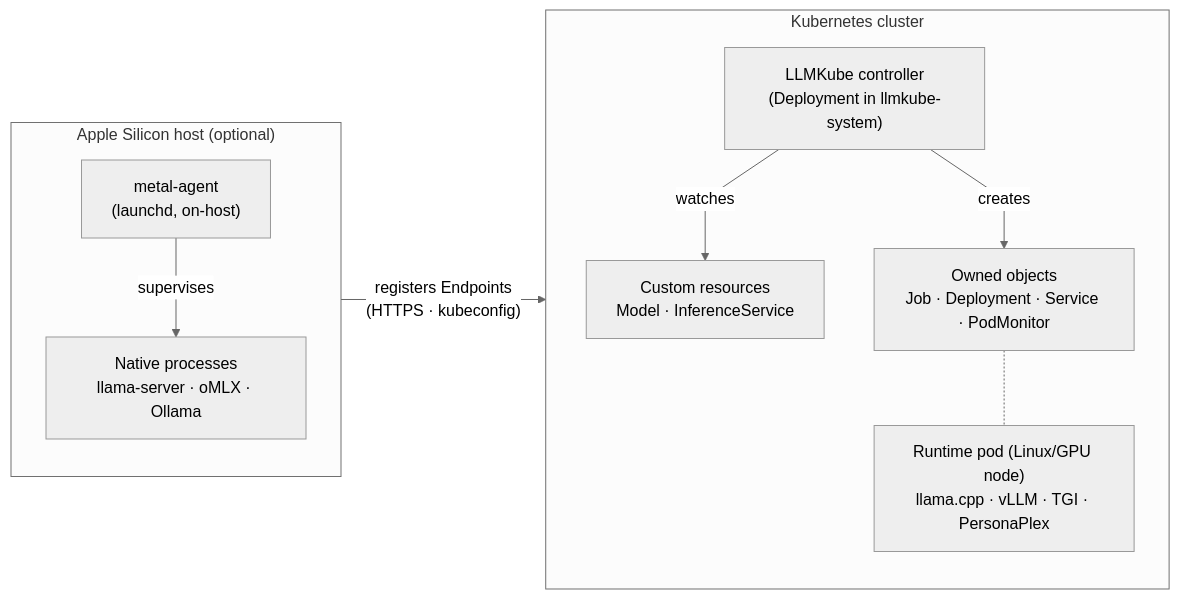
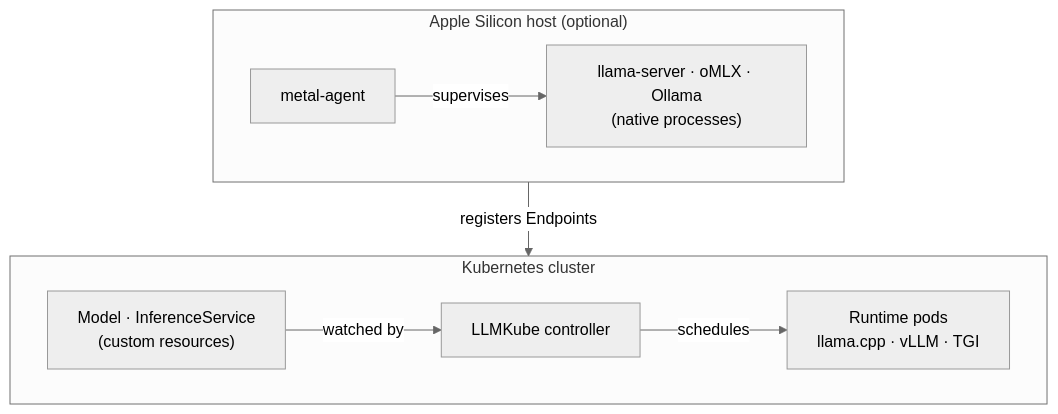
Before and after one commit to defilantech/LLMKube: the diagram in README.md, drawn with Mermaid.

Commit message:
chore(readme): simplify Mermaid architecture diagram (cluster-first, vertical)
The first cut had three problems on the GitHub render:

- flowchart LR with two subgraphs and a backward edge made Mermaid
  auto-place Apple Silicon top-left and Kubernetes cluster bottom-
  right, with massive diagonal whitespace between them.
- Apple Silicon was visually the headline, but it's the optional path
  for hosts the controller can't manage natively. The cluster IS the
  product and should be on top.
- 4 boxes inside the cluster (Controller / CRDs / Owned objects /
  Runtime pod) was reference-grade detail in an opener slot. The
  reader needs one-glance comprehension here, not the full reconciler.

Switch to flowchart TB with cluster declared first (so it renders on
top), inner subgraphs use direction LR for compact horizontal layout
inside each zone. Three boxes per zone instead of four. Drop the
parenthetical labels (Deployment in llmkube-system, launchd on-host)
and the dotted Owned-objects-implies-Pod edge: those belong on the
docs page.

````diff
--- a/README.md
+++ b/README.md
@@ -65,23 +65,21 @@
 ```mermaid
 %%{init: {'theme':'neutral','flowchart':{'curve':'linear'}}}%%
-flowchart LR
+flowchart TB
     subgraph CLUSTER["Kubernetes cluster"]
-        direction TB
-        CTRL["LLMKube controller<br/>(Deployment in llmkube-system)"]
-        CRD["Custom resources<br/>Model · InferenceService"]
-        OWNED["Owned objects<br/>Job · Deployment · Service · PodMonitor"]
-        POD["Runtime pod (Linux/GPU node)<br/>llama.cpp · vLLM · TGI · PersonaPlex"]
-        CTRL -- watches --> CRD
-        CTRL -- creates --> OWNED
-        OWNED -.- POD
+        direction LR
+        CTRL["LLMKube controller"]
+        CRD["Model · InferenceService<br/>(custom resources)"]
+        POD["Runtime pods<br/>llama.cpp · vLLM · TGI"]
+        CRD -- watched by --> CTRL
+        CTRL -- schedules --> POD
     end
 
     subgraph HOST["Apple Silicon host (optional)"]
-        direction TB
-        AGENT["metal-agent<br/>(launchd, on-host)"]
-        NATIVE["Native processes<br/>llama-server · oMLX · Ollama"]
+        direction LR
+        AGENT["metal-agent"]
+        NATIVE["llama-server · oMLX · Ollama<br/>(native processes)"]
         AGENT -- supervises --> NATIVE
     end
 
-    AGENT -- "registers Endpoints<br/>(HTTPS · kubeconfig)" --> CLUSTER
+    AGENT -- "registers Endpoints" --> CLUSTER
 ```
````
